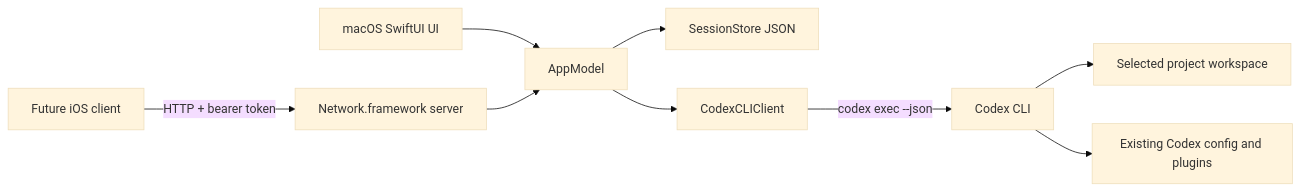
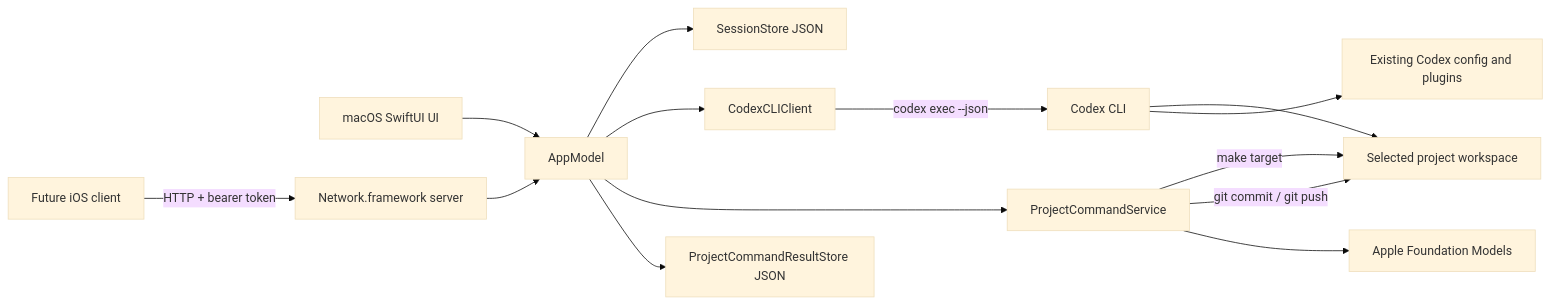
The diagram in docs/macOS/architecture.md (chase-seibert/remote-agent), drawn with Mermaid (base theme) before and after one commit. The commit also changed other lines of this file and 28 other files, not shown here.

Commit message:
Update AppModel to include project command results and running project c

````diff
--- a/docs/macOS/architecture.md
+++ b/docs/macOS/architecture.md
@@ -5,11 +5,16 @@
 ```mermaid
 flowchart LR
     U["macOS SwiftUI UI"] --> M["AppModel"]
     I["Future iOS client"] -->|"HTTP + bearer token"| H["Network.framework server"]
     H --> M
     M --> P["SessionStore JSON"]
     M --> C["CodexCLIClient"]
     C -->|"codex exec --json"| X["Codex CLI"]
     X --> W["Selected project workspace"]
     X --> G["Existing Codex config and plugins"]
+    M --> R["ProjectCommandService"]
+    R -->|"make target"| W
+    R -->|"git commit / git push"| W
+    R --> F["Apple Foundation Models"]
+    M --> Q["ProjectCommandResultStore JSON"]
 ```
````
